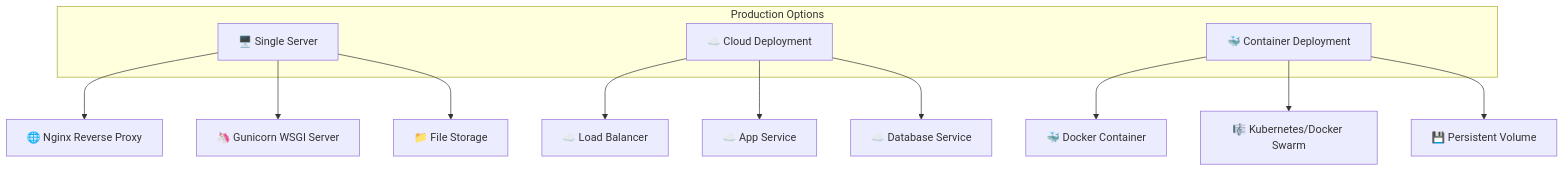
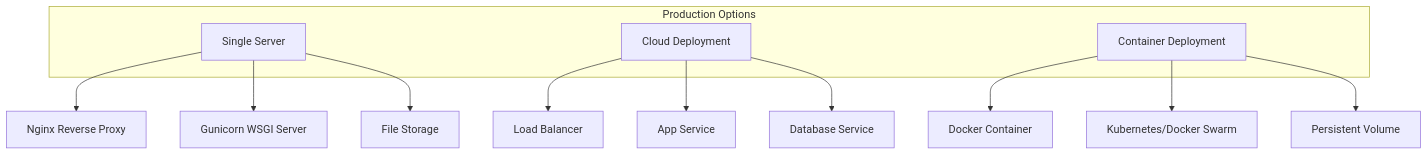
Diagram 16 of 18 in shared/design_document.md (vickeycheng/AI_Test), drawn with Mermaid before and after one commit. The commit also changed other lines of this file, not shown here.

````diff
--- a/shared/design_document.md
+++ b/shared/design_document.md
@@ -771,20 +771,20 @@
 ```mermaid
 graph TD
-    subgraph "Production Options"
-        OPTION_A[🖥️ Single Server]
-        OPTION_B[☁️ Cloud Deployment]
-        OPTION_C[🐳 Container Deployment]
-    end
-    
-    OPTION_A --> NGINX[🌐 Nginx Reverse Proxy]
-    OPTION_A --> GUNICORN[🦄 Gunicorn WSGI Server]
-    OPTION_A --> FILE_STORAGE[📁 File Storage]
-    
-    OPTION_B --> CLOUD_LB[☁️ Load Balancer]
-    OPTION_B --> CLOUD_APP[☁️ App Service]
-    OPTION_B --> CLOUD_DB[☁️ Database Service]
-    
-    OPTION_C --> DOCKER[🐳 Docker Container]
-    OPTION_C --> ORCHESTRATOR[🎼 Kubernetes/Docker Swarm]
-    OPTION_C --> PERSISTENT_VOLUME[💾 Persistent Volume]
+ subgraph "Production Options"
+ OPTION_A[ Single Server]
+ OPTION_B[ Cloud Deployment]
+ OPTION_C[ Container Deployment]
+ end
+ 
+ OPTION_A --> NGINX[ Nginx Reverse Proxy]
+ OPTION_A --> GUNICORN[ Gunicorn WSGI Server]
+ OPTION_A --> FILE_STORAGE[ File Storage]
+ 
+ OPTION_B --> CLOUD_LB[ Load Balancer]
+ OPTION_B --> CLOUD_APP[ App Service]
+ OPTION_B --> CLOUD_DB[ Database Service]
+ 
+ OPTION_C --> DOCKER[ Docker Container]
+ OPTION_C --> ORCHESTRATOR[ Kubernetes/Docker Swarm]
+ OPTION_C --> PERSISTENT_VOLUME[ Persistent Volume]
 ```
````
